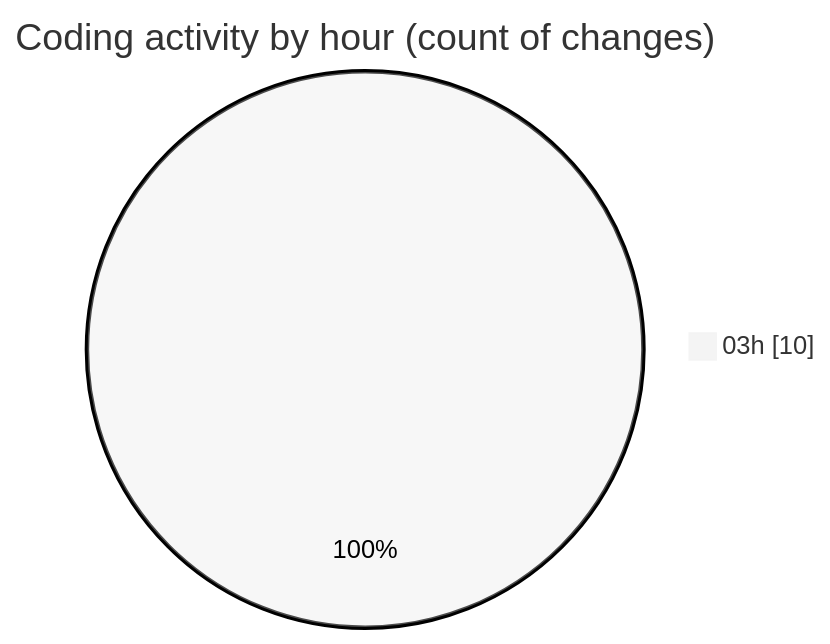
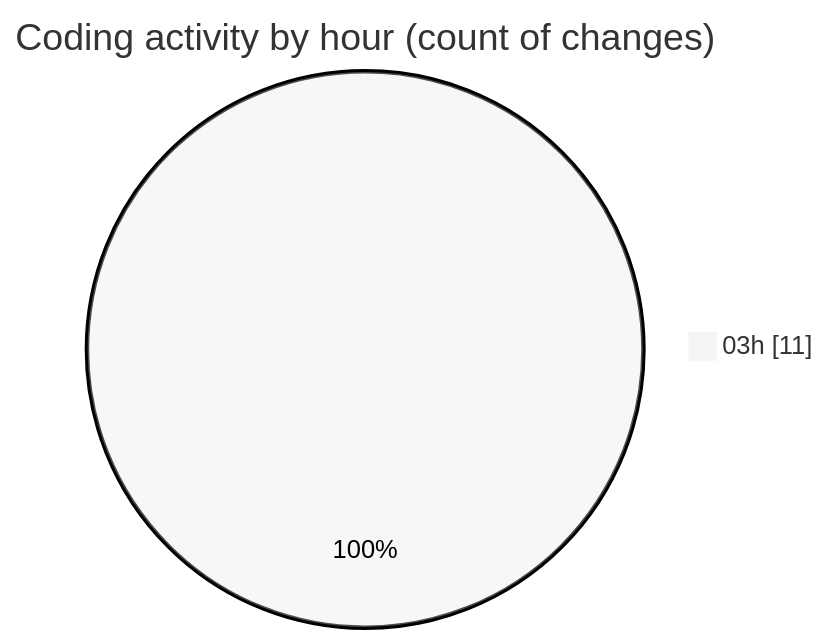
One commit to shibass792/code-tracking changed the second of 2 diagrams in 2026-07-15/shibass-ai/README.md. Above: the diagram before and after it, drawn with Mermaid (neutral theme). The commit also changed other lines of this file and 1 other file, not shown here.

````diff
--- a/2026-07-15/shibass-ai/README.md
+++ b/2026-07-15/shibass-ai/README.md
@@ -33,5 +34,5 @@
 ```mermaid
 pie showData
 title Coding activity by hour (count of changes)
-"03h" : 10
+"03h" : 11
 ```
````
